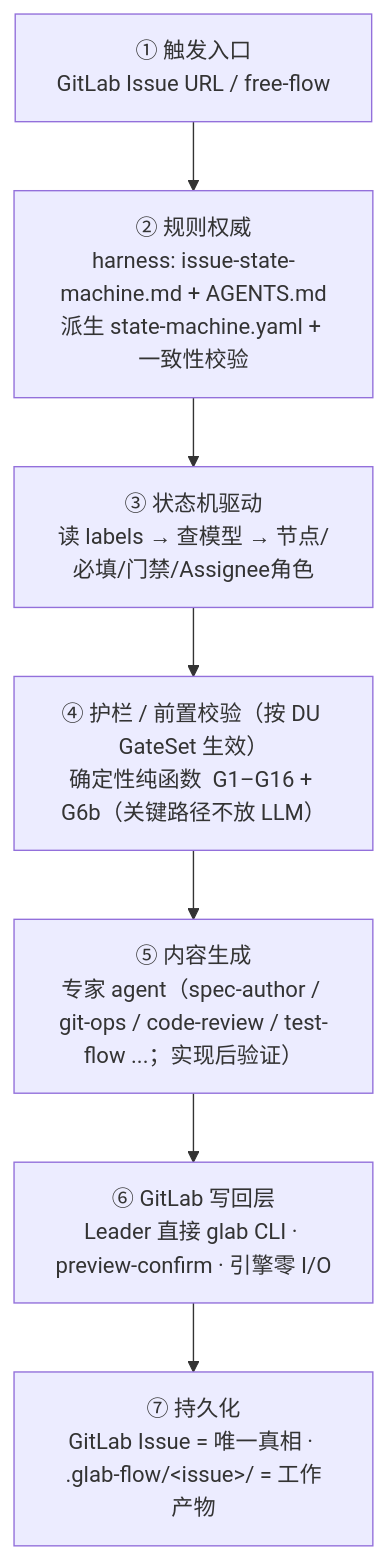
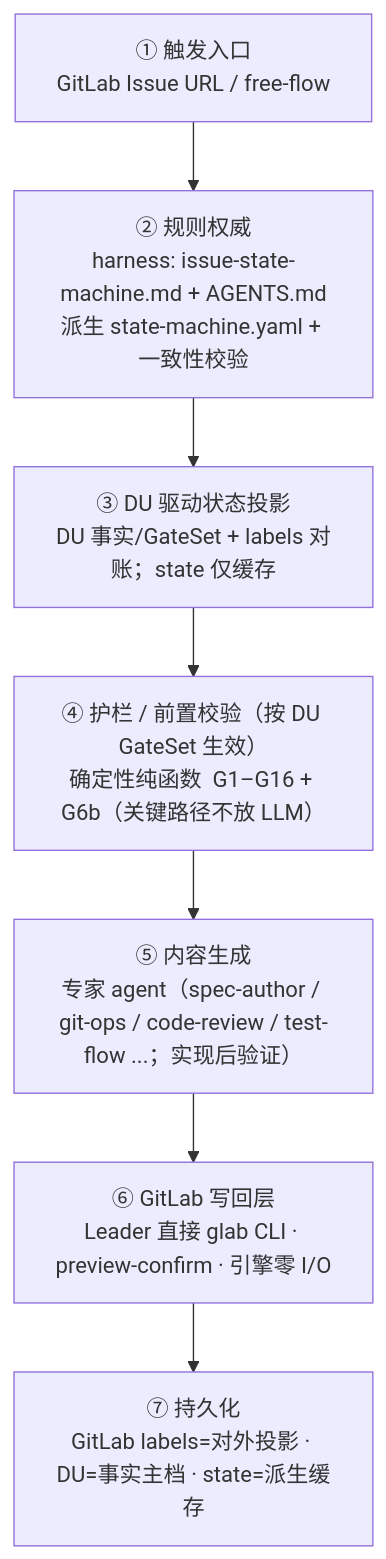
The third of 3 diagrams in docs/flow.md (jinx911/glab-flow), drawn with Mermaid before and after one commit. The commit also changed other lines of this file and 30 other files, not shown here.

First line of the commit message:
feat: align public delivery flow with DU redesign

````diff
--- a/docs/flow.md
+++ b/docs/flow.md
@@ -84,10 +103,10 @@
 ```mermaid
 flowchart TD
     L1["① 触发入口<br/>GitLab Issue URL / free-flow"] --> L2
     L2["② 规则权威<br/>harness: issue-state-machine.md + AGENTS.md<br/>派生 state-machine.yaml + 一致性校验"] --> L3
-    L3["③ 状态机驱动<br/>读 labels → 查模型 → 节点/必填/门禁/Assignee角色"] --> L4
+    L3["③ DU 驱动状态投影<br/>DU 事实/GateSet + labels 对账；state 仅缓存"] --> L4
     L4["④ 护栏 / 前置校验（按 DU GateSet 生效）<br/>确定性纯函数  G1–G16 + G6b（关键路径不放 LLM）"] --> L5
     L5["⑤ 内容生成<br/>专家 agent（spec-author / git-ops / code-review / test-flow ...；实现后验证）"] --> L6
     L6["⑥ GitLab 写回层<br/>Leader 直接 glab CLI · preview-confirm · 引擎零 I/O"] --> L7
-    L7["⑦ 持久化<br/>GitLab Issue = 唯一真相 · .glab-flow/&lt;issue&gt;/ = 工作产物"]
+    L7["⑦ 持久化<br/>GitLab labels=对外投影 · DU=事实主档 · state=派生缓存"]
 ```
````
